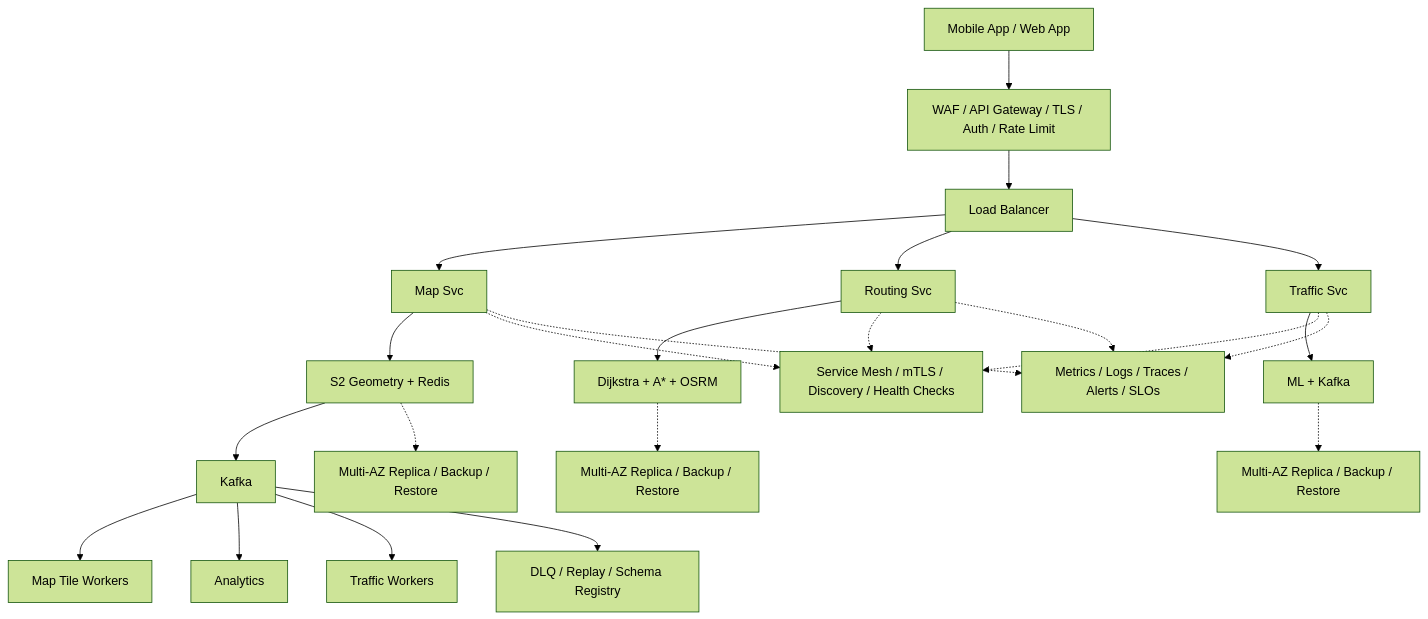
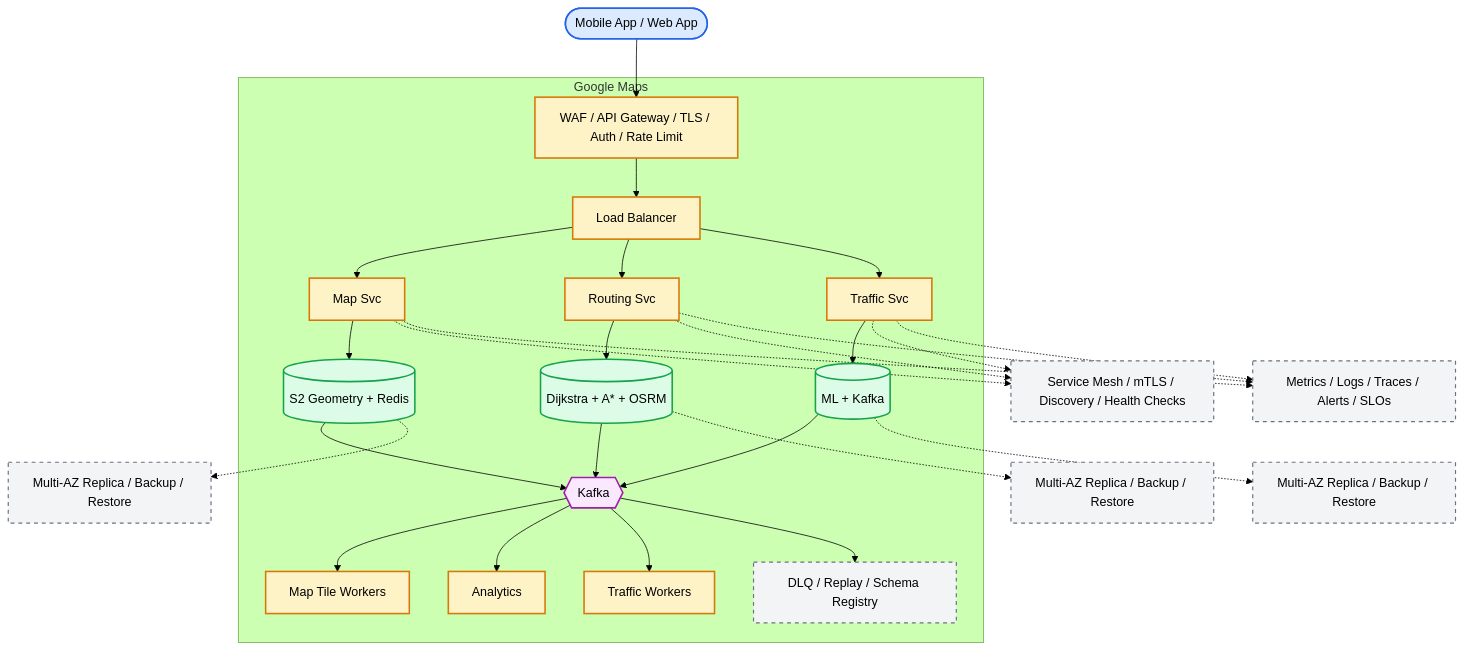
One commit to aishwary11/system-design changed the diagram in system-design-google-maps.md. Above: the diagram before and after it, drawn with Mermaid (forest theme). The commit also changed other lines of this file and 36 other files, not shown here.

First line of the commit message:
Standardize all diagrams on C4-style Mermaid template

````diff
--- a/system-design-google-maps.md
+++ b/system-design-google-maps.md
@@ -45,25 +45,65 @@
 ```mermaid
 flowchart TB
-    clients["Mobile App / Web App"] --> edge["WAF / API Gateway / TLS / Auth / Rate Limit"]
-    edge --> lb["Load Balancer"]
-    lb --> svc0["Map Svc"]
-    lb --> svc1["Routing Svc"]
-    lb --> svc2["Traffic Svc"]
-    svc0 --> store0["S2 Geometry + Redis"]
-    svc1 --> store1["Dijkstra + A* + OSRM"]
-    svc2 --> store2["ML + Kafka"]
-    store0 --> stream["Kafka"]
-    stream --> worker0["Map Tile Workers"]
-    stream --> worker1["Analytics"]
-    stream --> worker2["Traffic Workers"]
-    svc0 -.-> platform["Service Mesh / mTLS / Discovery / Health Checks"]
-    svc1 -.-> platform
-    svc2 -.-> platform
-    store0 -.-> backup0["Multi-AZ Replica / Backup / Restore"]
-    store1 -.-> backup1["Multi-AZ Replica / Backup / Restore"]
-    store2 -.-> backup2["Multi-AZ Replica / Backup / Restore"]
-    stream --> dlq["DLQ / Replay / Schema Registry"]
-    svc0 -.-> ops["Metrics / Logs / Traces / Alerts / SLOs"]
+    %% Actors (people)
+    clients(["Mobile App / Web App"])
+
+    %% System boundary - containers owned by the platform
+    subgraph platform["Google Maps"]
+        edge["WAF / API Gateway / TLS / Auth / Rate Limit"]
+        lb["Load Balancer"]
+        svc0["Map Svc"]
+        svc1["Routing Svc"]
+        svc2["Traffic Svc"]
+        store0[("S2 Geometry + Redis")]
+        store1[("Dijkstra + A* + OSRM")]
+        store2[("ML + Kafka")]
+        stream{{"Kafka"}}
+        worker0["Map Tile Workers"]
+        worker1["Analytics"]
+        worker2["Traffic Workers"]
+        dlq["DLQ / Replay / Schema Registry"]
+    end
+
+    %% Cross-cutting control plane (dashed edges)
+    mesh["Service Mesh / mTLS / Discovery / Health Checks"]
+    ops["Metrics / Logs / Traces / Alerts / SLOs"]
+    backup0["Multi-AZ Replica / Backup / Restore"]
+    backup1["Multi-AZ Replica / Backup / Restore"]
+    backup2["Multi-AZ Replica / Backup / Restore"]
+
+    clients --> edge
+    edge --> lb
+    lb --> svc0
+    lb --> svc1
+    lb --> svc2
+    svc0 --> store0
+    svc1 --> store1
+    svc2 --> store2
+    store0 --> stream
+    store1 --> stream
+    store2 --> stream
+    stream --> worker0
+    stream --> worker1
+    stream --> worker2
+    stream --> dlq
+    svc0 -.-> mesh
+    svc1 -.-> mesh
+    svc2 -.-> mesh
+    svc0 -.-> ops
     svc1 -.-> ops
     svc2 -.-> ops
+    store0 -.-> backup0
+    store1 -.-> backup1
+    store2 -.-> backup2
+
+    classDef actor fill:#dbeafe,stroke:#2563eb,stroke-width:2px
+    classDef service fill:#fef3c7,stroke:#d97706,stroke-width:2px
+    classDef store fill:#dcfce7,stroke:#16a34a,stroke-width:2px
+    classDef broker fill:#fae8ff,stroke:#a21caf,stroke-width:2px
+    classDef control fill:#f3f4f6,stroke:#6b7280,stroke-width:1.5px,stroke-dasharray:5 5
+    class clients actor
+    class edge,lb,svc0,svc1,svc2,worker0,worker1,worker2 service
+    class store0,store1,store2 store
+    class stream broker
+    class dlq,mesh,ops,backup0,backup1,backup2 control
 ```
````
